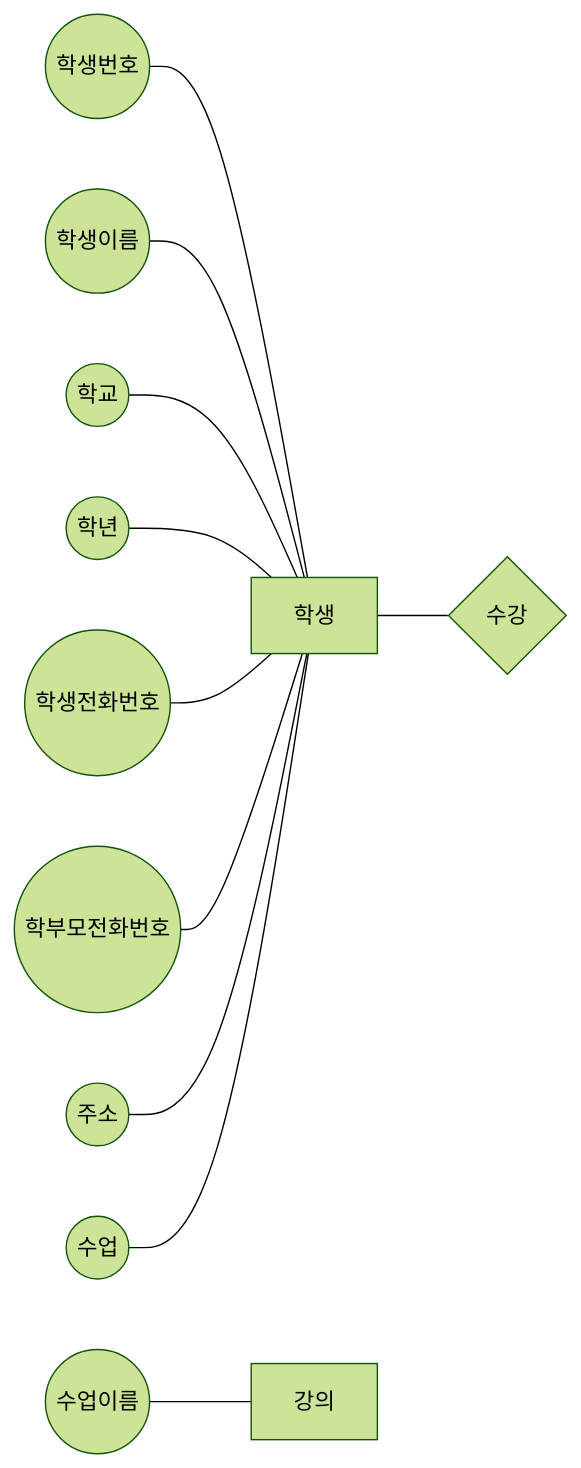
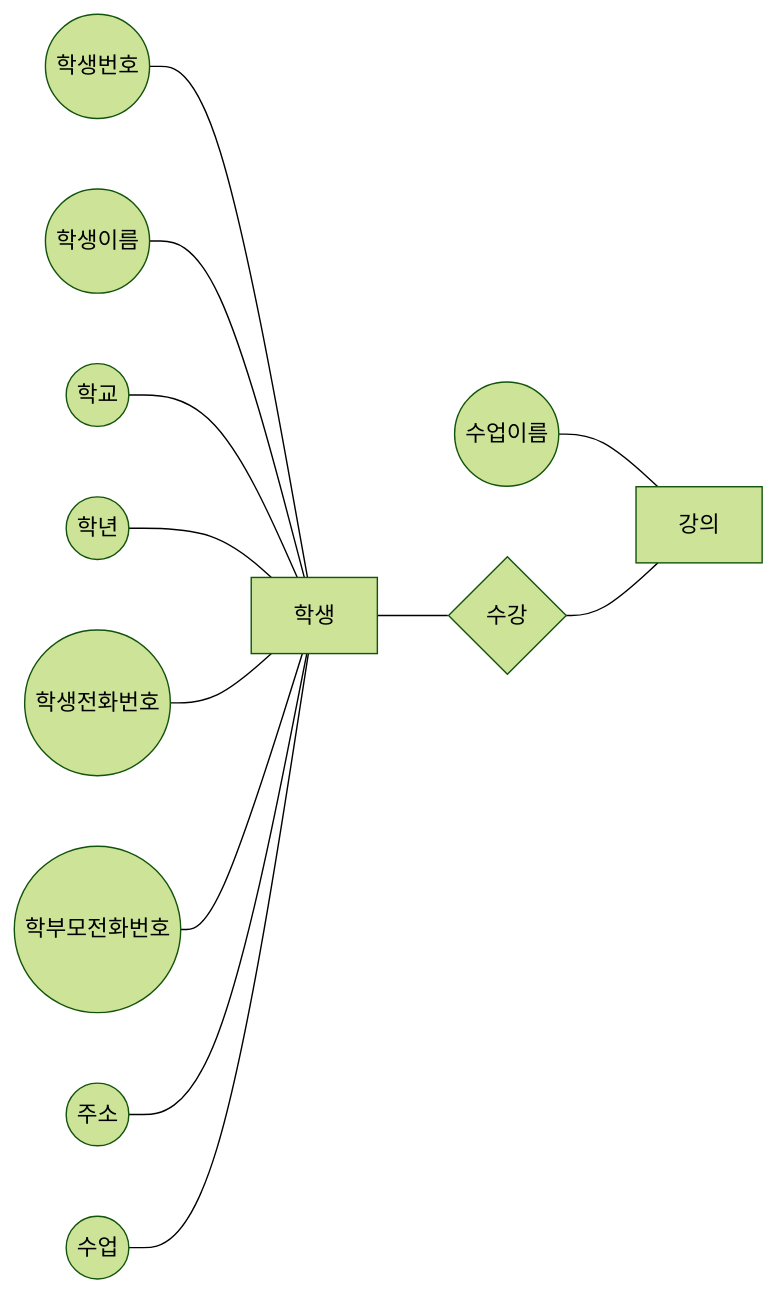
One commit to HYUUUNAKIM/DB_project changed the second of 2 diagrams in README(키 설명 추가).md. Above: the diagram before and after it, drawn with Mermaid (forest theme).

Commit message:
Update README(키 설명 추가).md

````diff
--- a/README(키 설명 추가).md
+++ b/README(키 설명 추가).md
@@ -180,14 +180,14 @@
 ```mermaid
 graph LR
 A((학생번호))---S[학생]
 B((학생이름))---S[학생]
 C((학교))---S[학생]
 D((학년))---S[학생]
 E((학생전화번호))---S[학생]
 F((학부모전화번호))---S[학생]
 G((주소))---S[학생]
 H((수업))---S[학생]
 I((수업이름))---L[강의]
 S---J{수강}
-
+J---L[강의]
 ```
````
